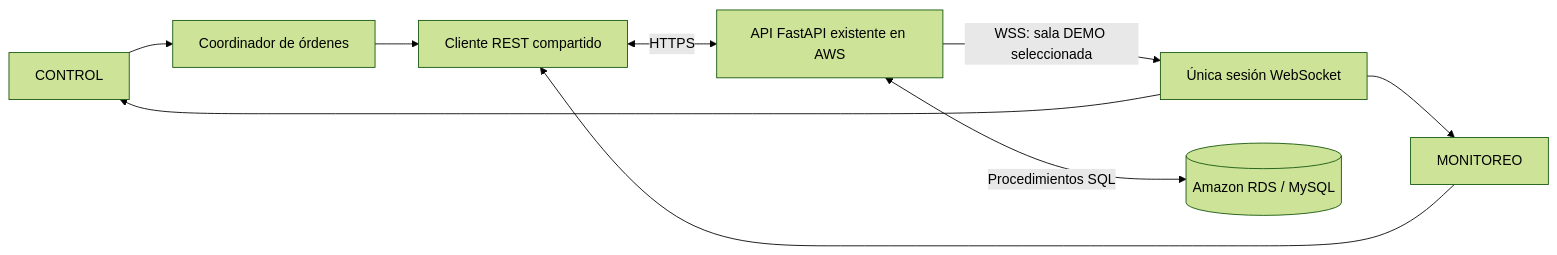
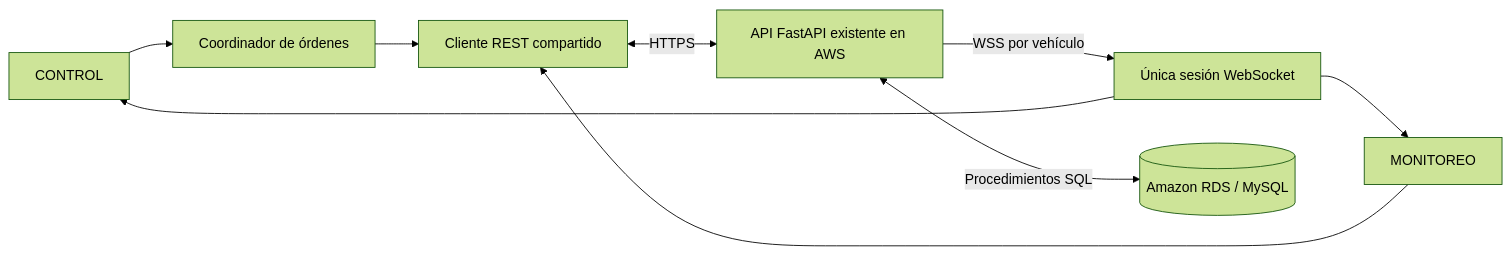
One commit to elguerreromasfuertedesarahbonito/control-iot changed the diagram in README.md. Above: the diagram before and after it, drawn with Mermaid (forest theme). The commit also changed other lines of this file and 27 other files, not shown here.

````diff
--- a/README.md
+++ b/README.md
@@ -67,11 +75,11 @@
 ```mermaid
 flowchart LR
   C[CONTROL] --> CO[Coordinador de órdenes]
   M[MONITOREO] --> REST[Cliente REST compartido]
   CO --> REST
   REST <-->|HTTPS| API[API FastAPI existente en AWS]
-  API -->|WSS: sala DEMO seleccionada| WS[Única sesión WebSocket]
+  API -->|WSS por vehículo| WS[Única sesión WebSocket]
   WS --> C
   WS --> M
   API <-->|Procedimientos SQL| DB[(Amazon RDS / MySQL)]
 ```
````
